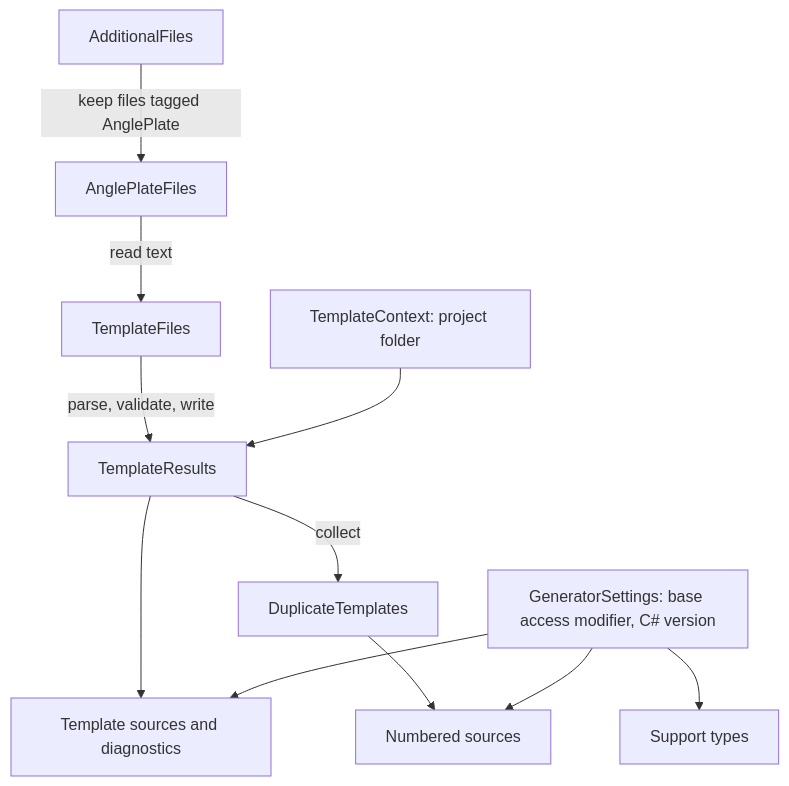
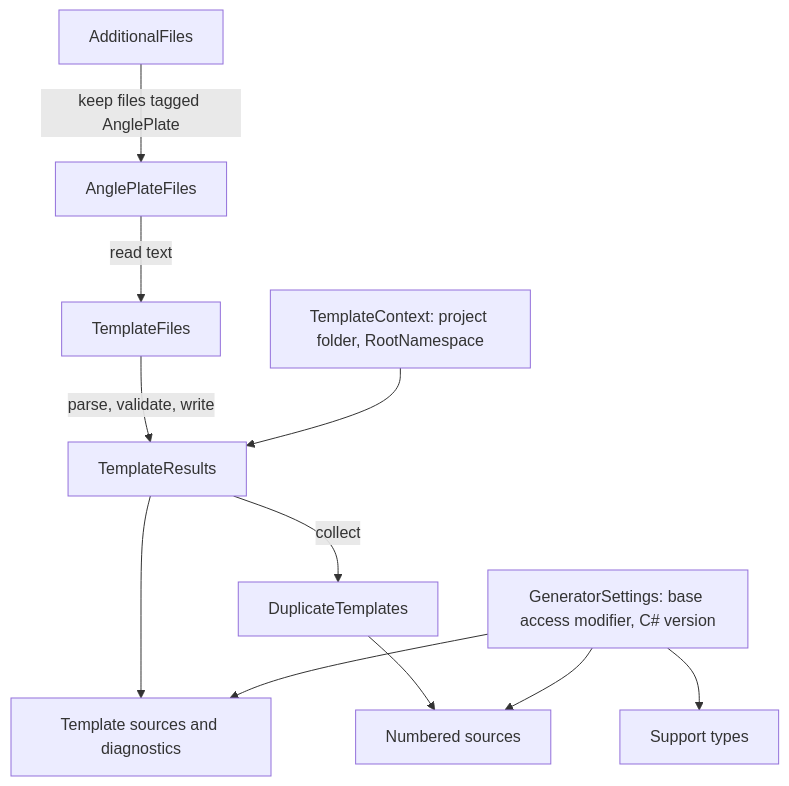
The diagram in docs/development.md (SlusserLabs/AnglePlates), drawn with Mermaid before and after one commit. The commit also changed other lines of this file and 34 other files, not shown here.

````diff
--- a/docs/development.md
+++ b/docs/development.md
@@ -142,13 +142,13 @@
 ```mermaid
 flowchart TD
     A[AdditionalFiles] -->|keep files tagged AnglePlate| B[AnglePlateFiles]
     B -->|read text| C[TemplateFiles]
     C -->|parse, validate, write| D[TemplateResults]
-    P[TemplateContext: project folder] --> D
+    P[TemplateContext: project folder, RootNamespace] --> D
     D --> E[Template sources and diagnostics]
     D -->|collect| G[DuplicateTemplates]
     G --> N[Numbered sources]
     S[GeneratorSettings: base access modifier, C# version] --> H[Support types]
     S --> E
     S --> N
 ```
````
